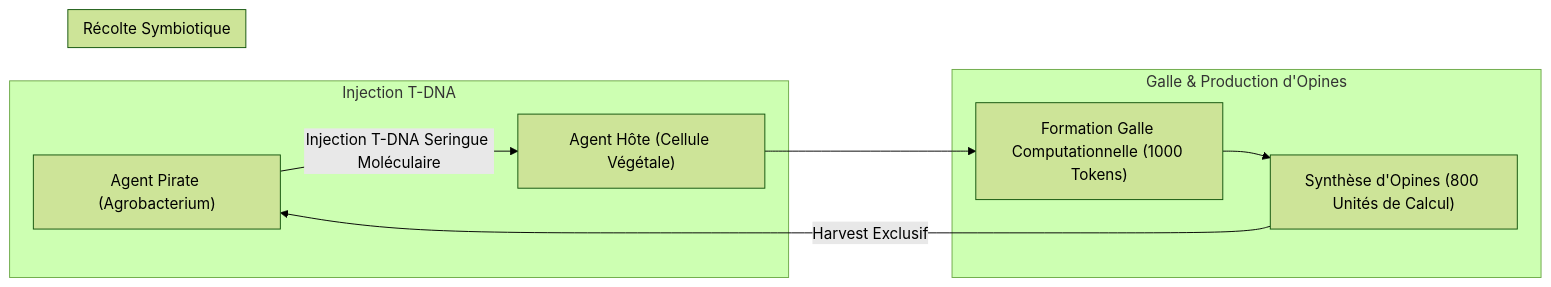
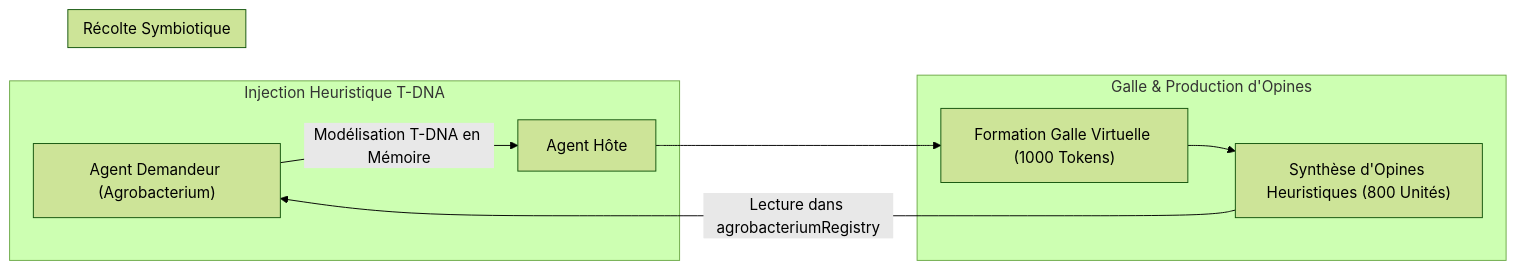
One commit to PISSARAW/GenOS changed diagram 20 of 24 in docs/GENOME_EPIGENETIQUE.md. Above: the diagram before and after it, drawn with Mermaid (forest theme). The commit also changed other lines of this file and 3 other files, not shown here.

````diff
--- a/docs/GENOME_EPIGENETIQUE.md
+++ b/docs/GENOME_EPIGENETIQUE.md
@@ -730,15 +730,15 @@
 ```mermaid
 flowchart LR
-    subgraph HijackInjection["Injection T-DNA"]
-        Agro["Agent Pirate (Agrobacterium)"] -->|"Injection T-DNA Seringue Moléculaire"| Host["Agent Hôte (Cellule Végétale)"]
+    subgraph HijackInjection["Injection Heuristique T-DNA"]
+        Agro["Agent Demandeur (Agrobacterium)"] -->|"Modélisation T-DNA en Mémoire"| Host["Agent Hôte"]
     end
 
     subgraph GallFormation["Galle & Production d'Opines"]
-        Host --> Gall["Formation Galle Computationnelle (1000 Tokens)"]
-        Gall --> Opines["Synthèse d'Opines (800 Unités de Calcul)"]
+        Host --> Gall["Formation Galle Virtuelle (1000 Tokens)"]
+        Gall --> Opines["Synthèse d'Opines Heuristiques (800 Unités)"]
     end
 
     subgraph Harvest["Récolte Symbiotique"]
-        Opines -->|"Harvest Exclusif"| Agro
+        Opines -->|"Lecture dans agrobacteriumRegistry"| Agro
     end
 ```
````
